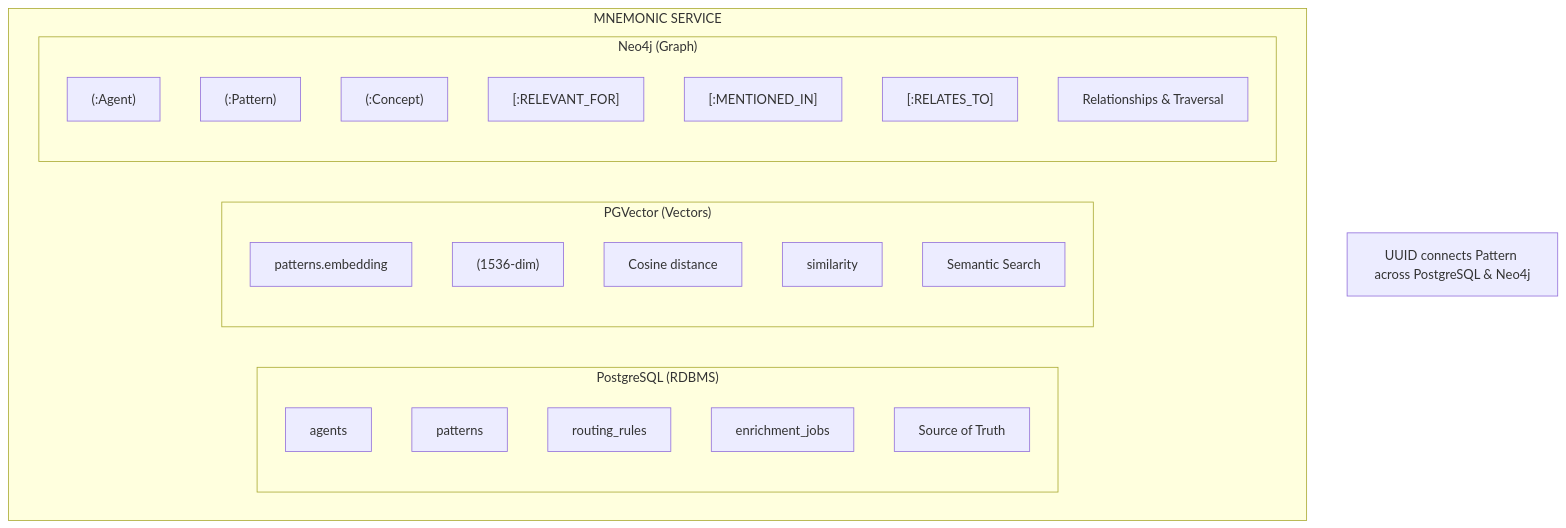
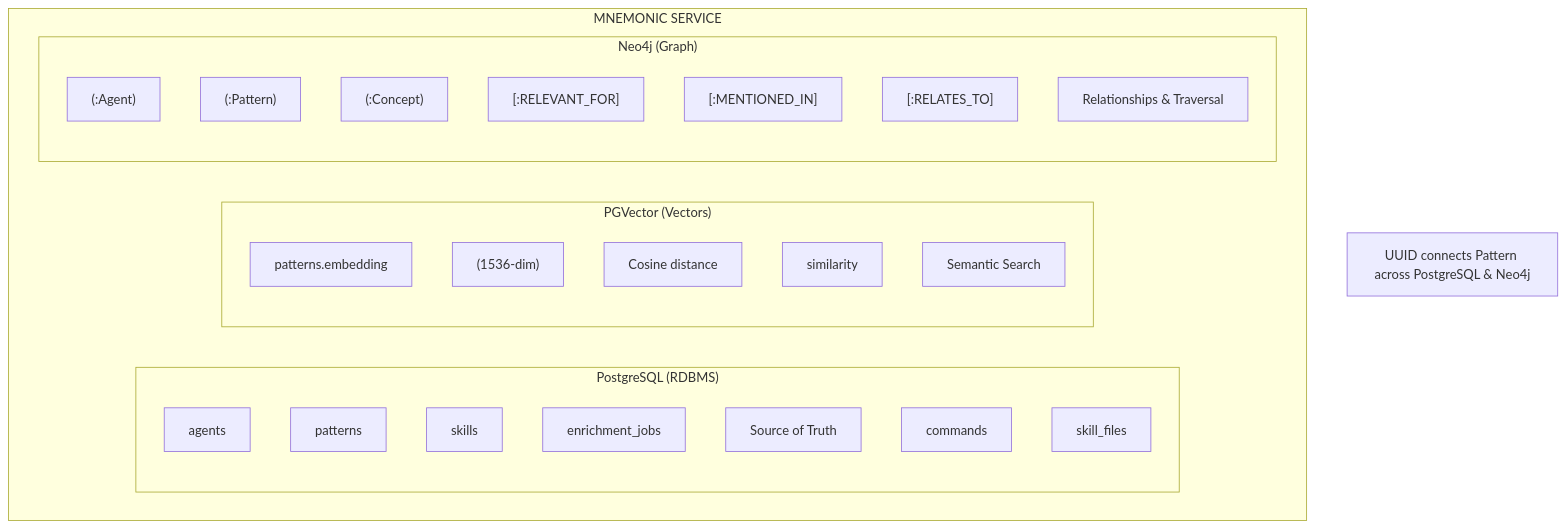
Before and after one commit to twistingmercury/mnemonic-mcp: the first of 4 diagrams in docs/architecture/database-integration-flow.md, drawn with Mermaid. The commit also changed other lines of this file and 63 other files, not shown here.

````diff
--- a/docs/architecture/database-integration-flow.md
+++ b/docs/architecture/database-integration-flow.md
@@ -70,32 +72,34 @@
 ```mermaid
 flowchart TB
     subgraph MNEMONIC_SERVICE["MNEMONIC SERVICE"]
         subgraph PostgreSQL["PostgreSQL (RDBMS)"]
             PG1["agents"]
             PG2["patterns"]
-            PG3["routing_rules"]
+            PG3["skills"]
             PG4["enrichment_jobs"]
             PG5["Source of Truth"]
+            PG6["commands"]
+            PG7["skill_files"]
         end
 
         subgraph PGVector["PGVector (Vectors)"]
             PV1["patterns.embedding"]
             PV2["(1536-dim)"]
             PV3["Cosine distance"]
             PV4["similarity"]
             PV5["Semantic Search"]
         end
 
         subgraph Neo4j["Neo4j (Graph)"]
             N1["(:Agent)"]
             N2["(:Pattern)"]
             N3["(:Concept)"]
             N4["[:RELEVANT_FOR]"]
             N5["[:MENTIONED_IN]"]
             N6["[:RELATES_TO]"]
             N7["Relationships & Traversal"]
         end
     end
 
     Note["UUID connects Pattern across PostgreSQL & Neo4j"]
 ```
````
